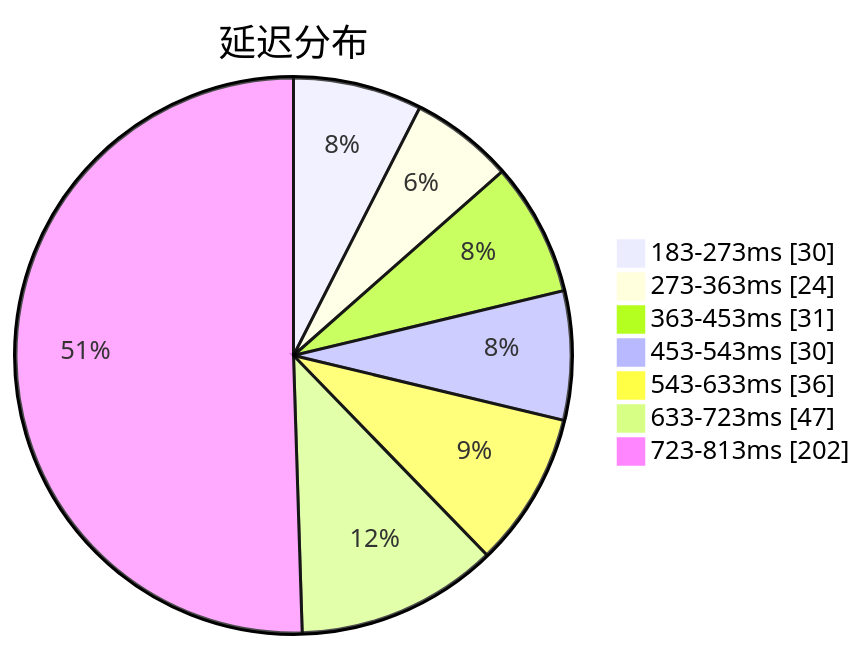
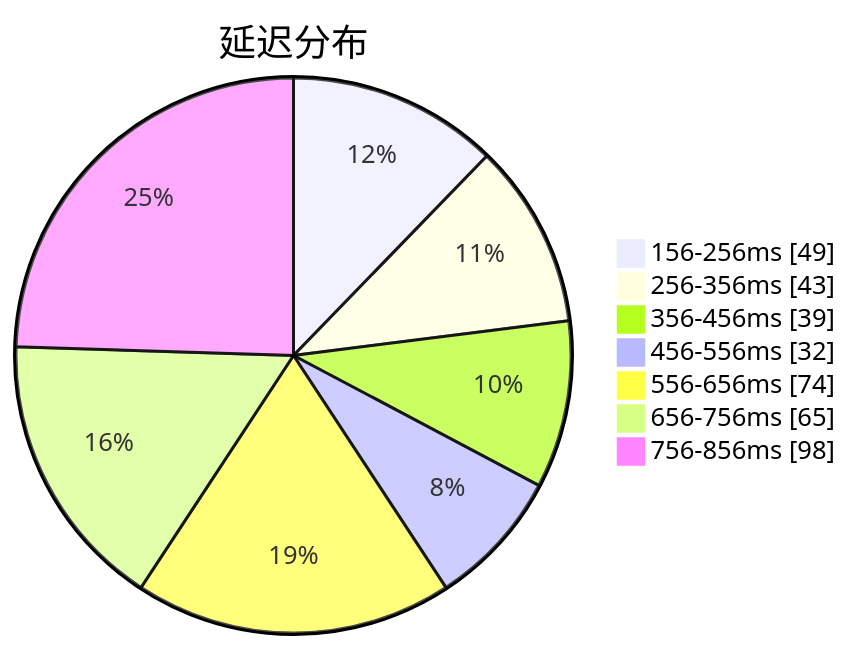
Before and after one commit to qjlxg/airport: the first of 3 diagrams in subs/statistics/tested_within.md, drawn with Mermaid. The commit also changed other lines of this file and 2 other files, not shown here.

Commit message:
Tested by metaST

````diff
--- a/subs/statistics/tested_within.md
+++ b/subs/statistics/tested_within.md
@@ -2,11 +2,11 @@
 ```mermaid
 pie showData
 title 延迟分布
-"183-273ms" : 30
-"273-363ms" : 24
-"363-453ms" : 31
-"453-543ms" : 30
-"543-633ms" : 36
-"633-723ms" : 47
-"723-813ms" : 202
+"156-256ms" : 49
+"256-356ms" : 43
+"356-456ms" : 39
+"456-556ms" : 32
+"556-656ms" : 74
+"656-756ms" : 65
+"756-856ms" : 98
 ```
````
